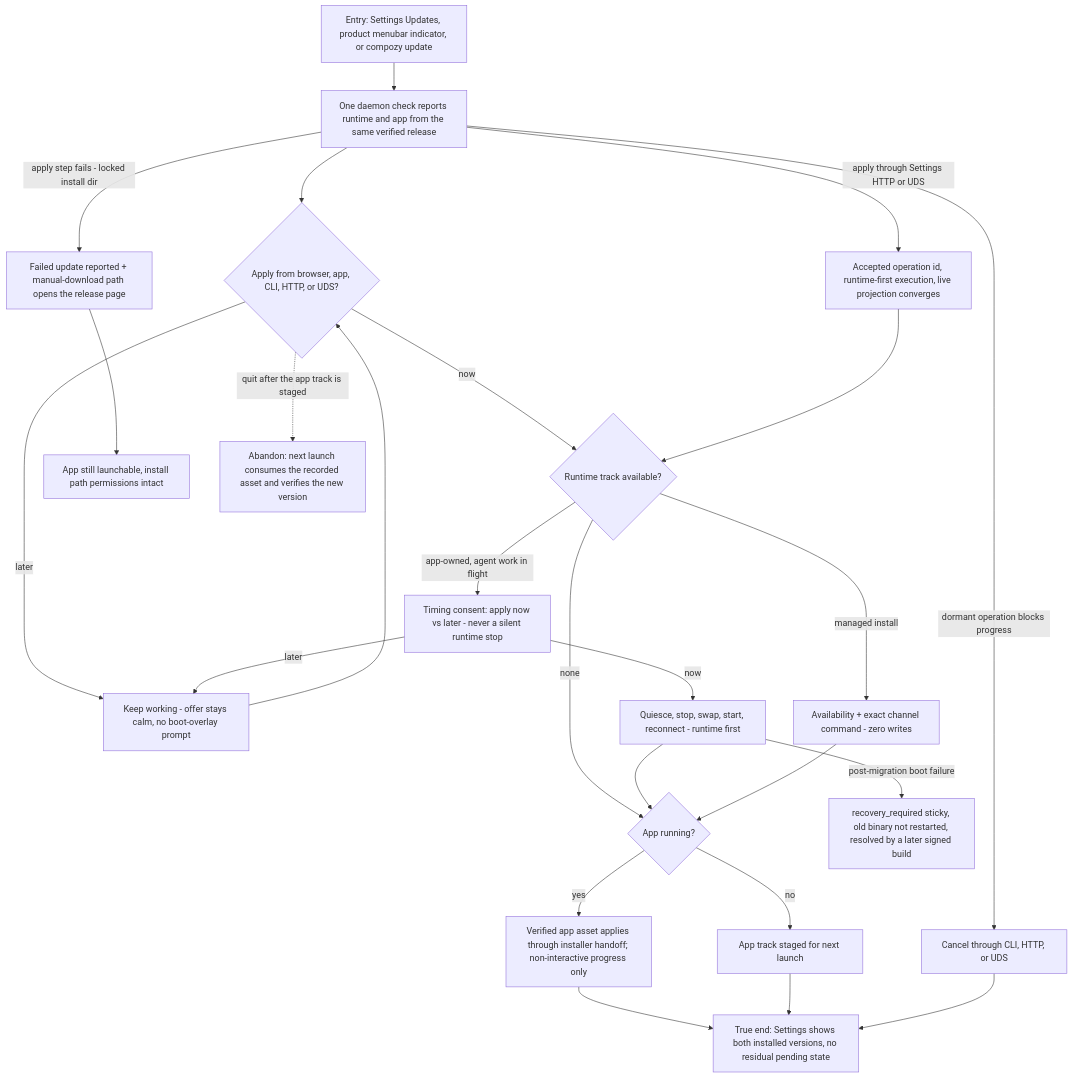
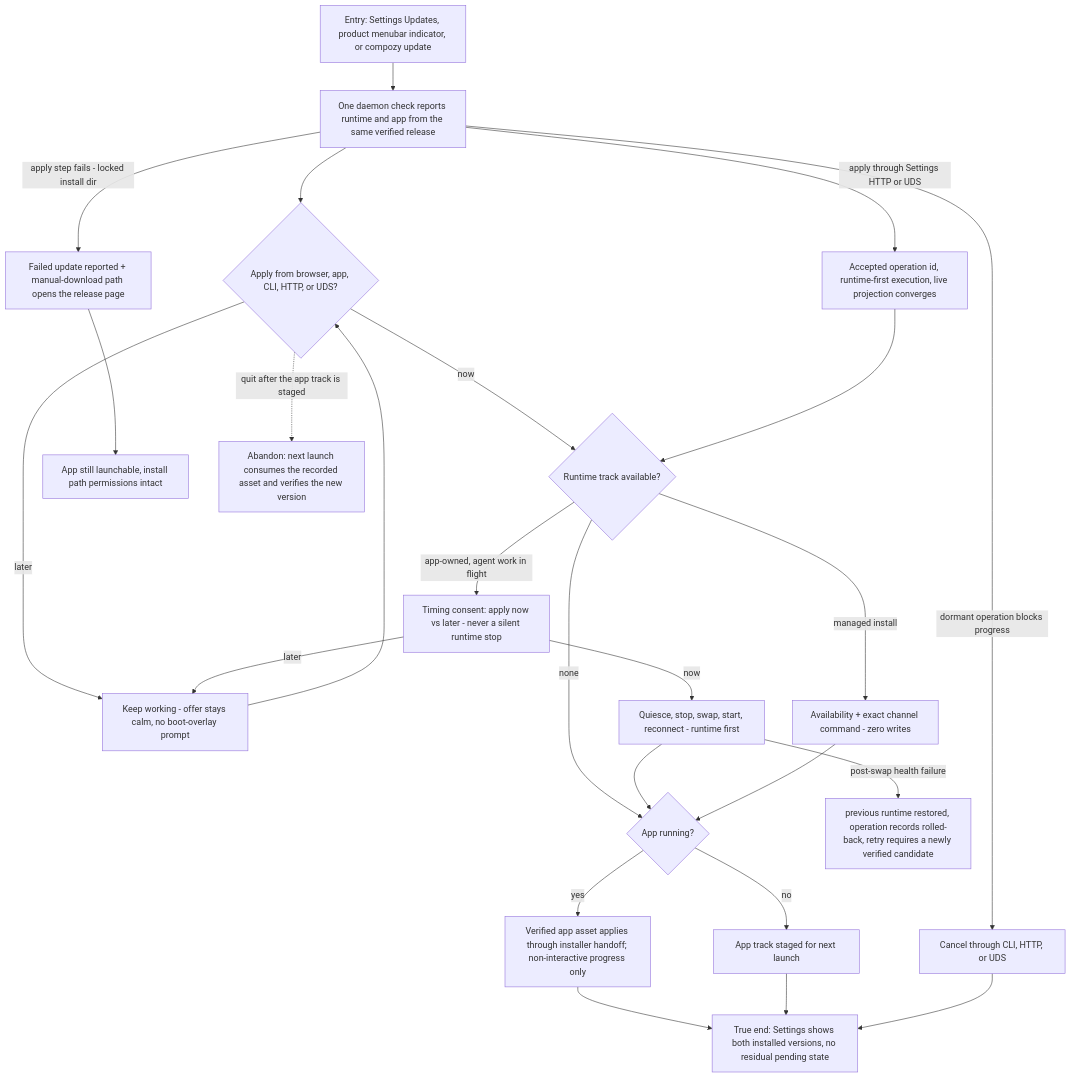
One commit to compozy/compozy changed the diagram in docs/qa/journeys/J-desktop-update-moment.md. Above: the diagram before and after it, drawn with Mermaid. The commit also changed other lines of this file and 245 other files, not shown here.

````diff
--- a/docs/qa/journeys/J-desktop-update-moment.md
+++ b/docs/qa/journeys/J-desktop-update-moment.md
@@ -9,27 +9,27 @@
 ```mermaid
 flowchart TD
     A[Entry: Settings Updates, product menubar indicator, or compozy update] --> B[One daemon check reports runtime and app from the same verified release]
     B --> C{Apply from browser, app, CLI, HTTP, or UDS?}
     C -->|later| D[Keep working - offer stays calm, no boot-overlay prompt]
     D --> C
     C -->|now| F{Runtime track available?}
     F -->|app-owned, agent work in flight| G[Timing consent: apply now vs later - never a silent runtime stop]
     G -->|now| H[Quiesce, stop, swap, start, reconnect - runtime first]
     G -->|later| D
     F -->|managed install| I[Availability + exact channel command - zero writes]
     F -->|none| K
     H --> K{App running?}
     I --> K
     K -->|yes| E[Verified app asset applies through installer handoff; non-interactive progress only]
     K -->|no| S[App track staged for next launch]
     E --> J[True end: Settings shows both installed versions, no residual pending state]
     S --> J
     B -->|apply step fails - locked install dir| Y[Failed update reported + manual-download path opens the release page]
     Y --> L[App still launchable, install path permissions intact]
-    H -->|post-migration boot failure| M[recovery_required sticky, old binary not restarted, resolved by a later signed build]
+    H -->|post-swap health failure| M[previous runtime restored, operation records rolled-back, retry requires a newly verified candidate]
     C -.->|quit after the app track is staged| X1[Abandon: next launch consumes the recorded asset and verifies the new version]
     B -->|apply through Settings HTTP or UDS| O[Accepted operation id, runtime-first execution, live projection converges]
     O --> F
     B -->|dormant operation blocks progress| P[Cancel through CLI, HTTP, or UDS]
     P --> J
 ```
````
